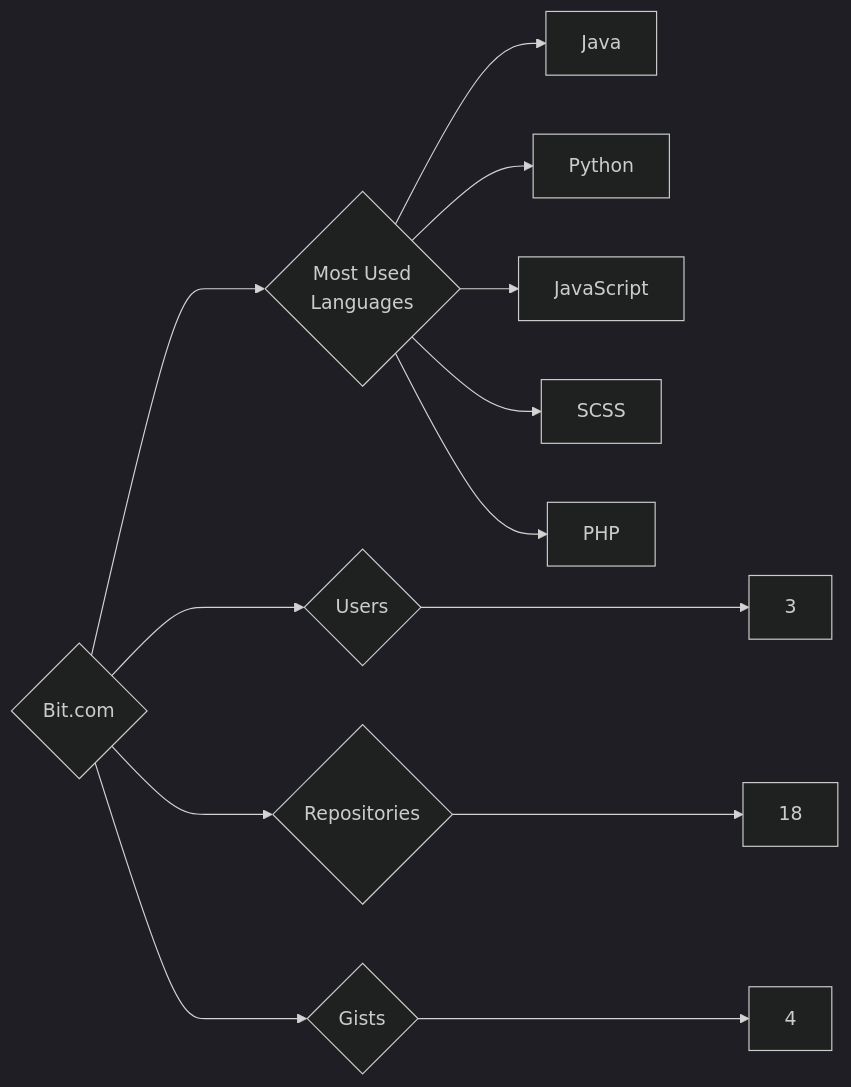
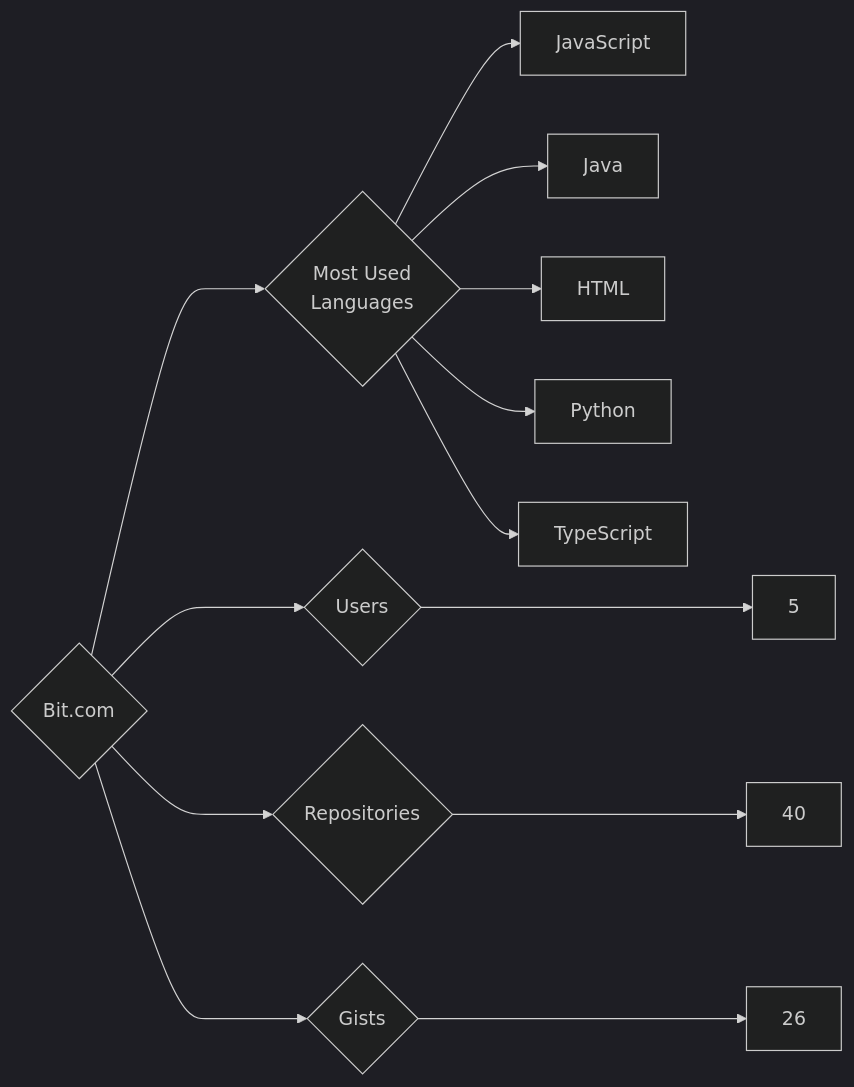
The diagram in targets/Bit.com/README.md (trickest/insiders), drawn with Mermaid (dark theme) before and after one commit. The commit also changed 1120 other files, not shown here.

````diff
--- a/targets/Bit.com/README.md
+++ b/targets/Bit.com/README.md
@@ -3,13 +3,13 @@
 ```mermaid
 graph LR
 COMPANY_NAME{Bit.com}
-COMPANY_NAME ---> U{Users} ---> UN[3]
-COMPANY_NAME ---> R{Repositories} ---> RN[18]
-COMPANY_NAME ---> G{Gists} ---> GN[4]
+COMPANY_NAME ---> U{Users} ---> UN[5]
+COMPANY_NAME ---> R{Repositories} ---> RN[40]
+COMPANY_NAME ---> G{Gists} ---> GN[26]
 COMPANY_NAME ---> ML{Most Used<br>Languages}
+ML --> JavaScript[JavaScript]
 ML --> Java[Java]
+ML --> HTML[HTML]
 ML --> Python[Python]
-ML --> JavaScript[JavaScript]
-ML --> SCSS[SCSS]
-ML --> PHP[PHP]
+ML --> TypeScript[TypeScript]
 ```
````
